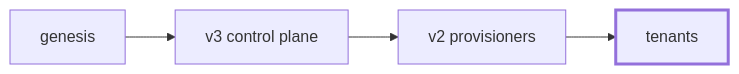
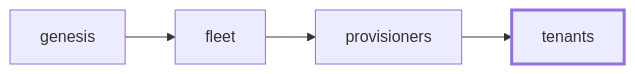
Before and after one commit to sassendes/bedrock: the first of 2 diagrams in README.md, drawn with Mermaid. The commit also changed other lines of this file and 35 other files, not shown here.

````diff
--- a/README.md
+++ b/README.md
@@ -19,5 +19,5 @@
 ```mermaid
 flowchart LR
-    G[genesis] --> V3[v3 control plane] --> V2[v2 provisioners] --> T[tenants]
+    G[genesis] --> F[fleet] --> P[provisioners] --> T[tenants]
     style T stroke-width:3px
 ```
````
